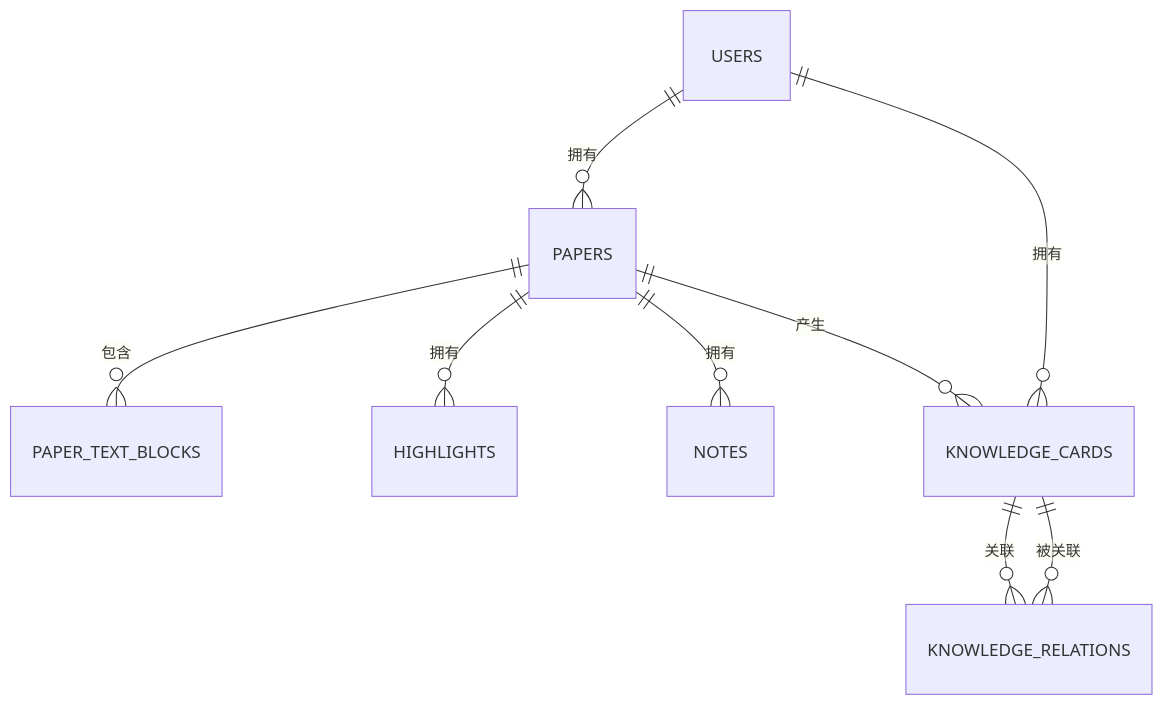
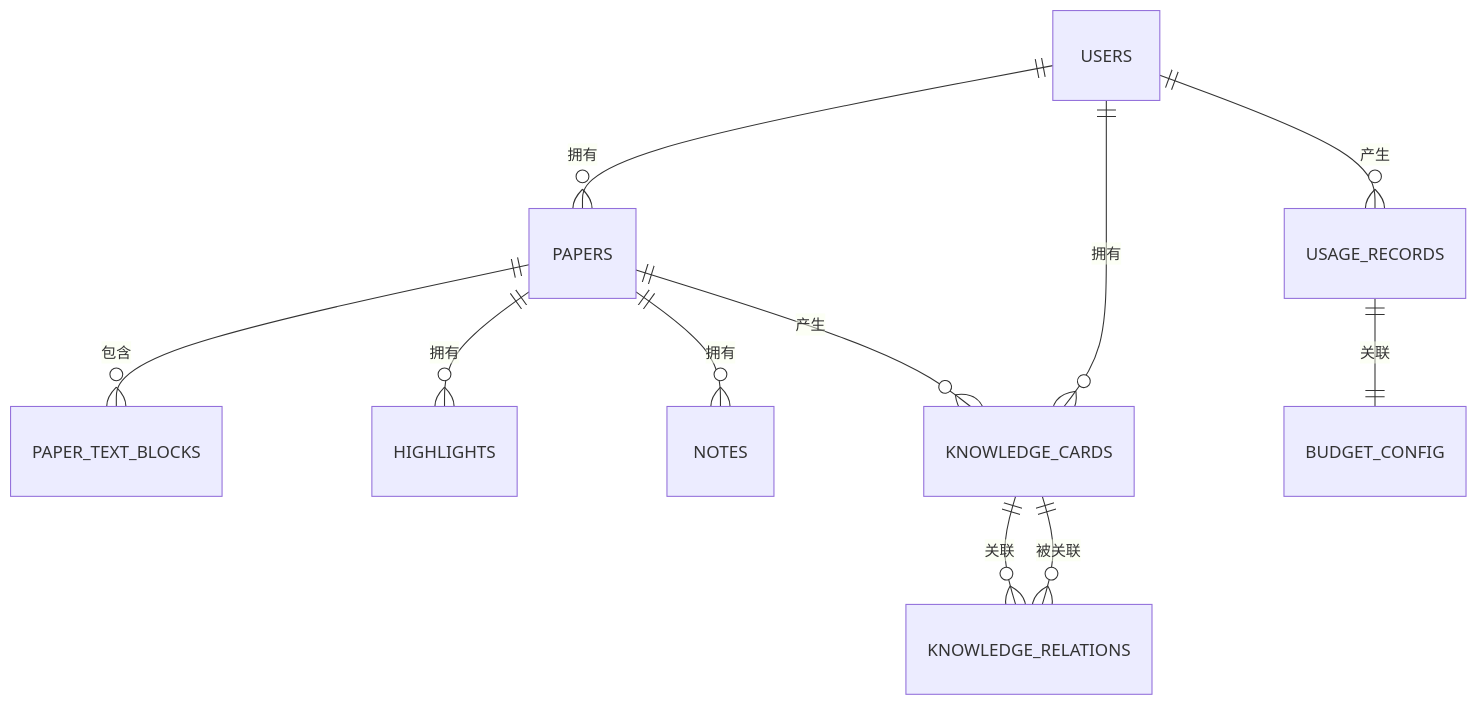
The third of 8 diagrams in .qoder/repowiki/zh/content/后端系统/后端系统.md (laohanhahaha/PaperChat), drawn with Mermaid before and after one commit. The commit also changed other lines of this file and 59 other files, not shown here.

````diff
--- a/.qoder/repowiki/zh/content/后端系统/后端系统.md
+++ b/.qoder/repowiki/zh/content/后端系统/后端系统.md
@@ -167,11 +190,13 @@
 ```mermaid
 erDiagram
 USERS ||--o{ PAPERS : "拥有"
 PAPERS ||--o{ PAPER_TEXT_BLOCKS : "包含"
 PAPERS ||--o{ HIGHLIGHTS : "拥有"
 PAPERS ||--o{ NOTES : "拥有"
 PAPERS ||--o{ KNOWLEDGE_CARDS : "产生"
 USERS ||--o{ KNOWLEDGE_CARDS : "拥有"
 KNOWLEDGE_CARDS ||--o{ KNOWLEDGE_RELATIONS : "关联"
 KNOWLEDGE_CARDS ||--o{ KNOWLEDGE_RELATIONS : "被关联"
+USERS ||--o{ USAGE_RECORDS : "产生"
+USAGE_RECORDS ||--|| BUDGET_CONFIG : "关联"
 ```
````
